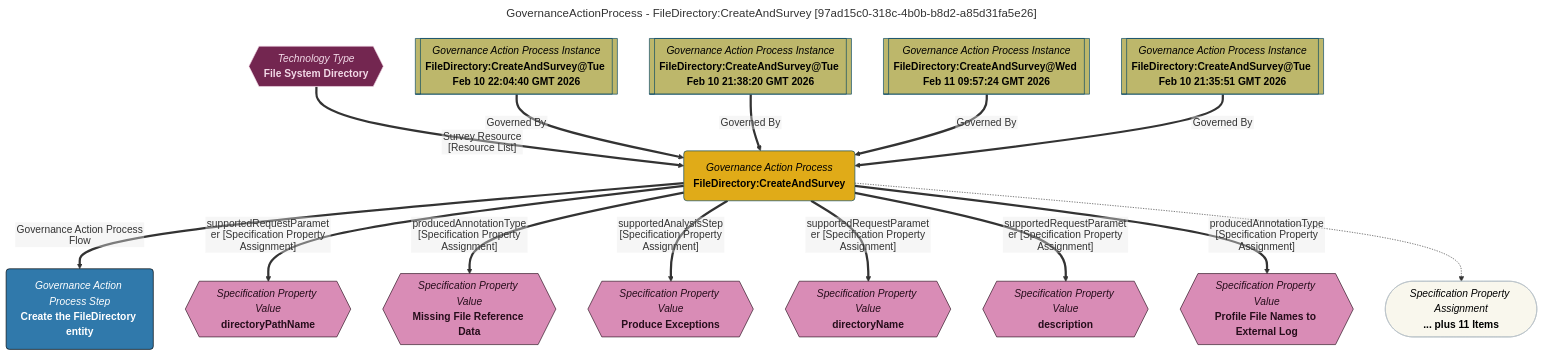
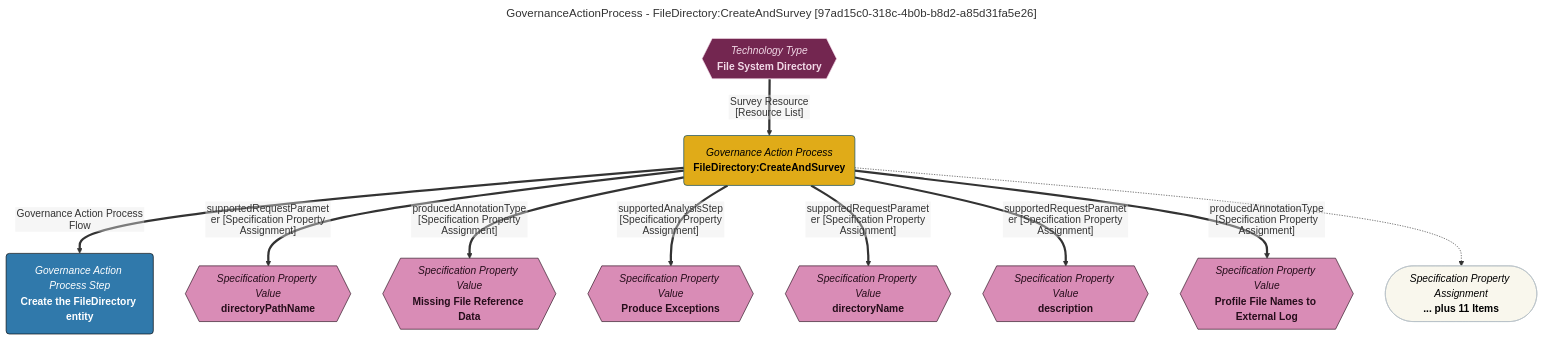
Before and after one commit to odpi/egeria-docs: the diagram in site/snippets/governance-action-processes/filedirectory:createandsurvey-mermaid-graph.md, drawn with Mermaid. The commit also changed 2201 other files, not shown here.

````diff
--- a/site/snippets/governance-action-processes/filedirectory:createandsurvey-mermaid-graph.md
+++ b/site/snippets/governance-action-processes/filedirectory:createandsurvey-mermaid-graph.md
@@ -1,65 +1,49 @@
 ```mermaid
 ---
 title: GovernanceActionProcess - FileDirectory:CreateAndSurvey [97ad15c0-318c-4b0b-b8d2-a85d31fa5e26]
 ---
 flowchart TD
 %%{init: {"flowchart": {"htmlLabels": false}} }%%
 
 1@{ shape: rounded, label: "*Governance Action Process*
 **FileDirectory:CreateAndSurvey**"}
 2@{ shape: hex, label: "*Technology Type*
 **File System Directory**"}
 2==>|"Survey Resource [Resource List]"|1
-3@{ shape: subproc, label: "*Governance Action Process Instance*
-**FileDirectory:CreateAndSurvey@Tue Feb 10 22:04:40 GMT 2026**"}
-3==>|"Governed By"|1
-4@{ shape: subproc, label: "*Governance Action Process Instance*
-**FileDirectory:CreateAndSurvey@Tue Feb 10 21:38:20 GMT 2026**"}
-4==>|"Governed By"|1
-5@{ shape: subproc, label: "*Governance Action Process Instance*
-**FileDirectory:CreateAndSurvey@Wed Feb 11 09:57:24 GMT 2026**"}
-5==>|"Governed By"|1
-6@{ shape: subproc, label: "*Governance Action Process Instance*
-**FileDirectory:CreateAndSurvey@Tue Feb 10 21:35:51 GMT 2026**"}
-6==>|"Governed By"|1
-7@{ shape: rounded, label: "*Governance Action Process Step*
+3@{ shape: rounded, label: "*Governance Action Process Step*
 **Create the FileDirectory entity**"}
-1==>|"Governance Action Process Flow"|7
+1==>|"Governance Action Process Flow"|3
+4@{ shape: hex, label: "*Specification Property Value*
+**directoryPathName**"}
+1==>|"supportedRequestParameter [Specification Property Assignment]"|4
+5@{ shape: hex, label: "*Specification Property Value*
+**Missing File Reference Data**"}
+1==>|"producedAnnotationType [Specification Property Assignment]"|5
+6@{ shape: hex, label: "*Specification Property Value*
+**Produce Exceptions**"}
+1==>|"supportedAnalysisStep [Specification Property Assignment]"|6
+7@{ shape: hex, label: "*Specification Property Value*
+**directoryName**"}
+1==>|"supportedRequestParameter [Specification Property Assignment]"|7
 8@{ shape: hex, label: "*Specification Property Value*
-**directoryPathName**"}
+**description**"}
 1==>|"supportedRequestParameter [Specification Property Assignment]"|8
 9@{ shape: hex, label: "*Specification Property Value*
-**Missing File Reference Data**"}
+**Profile File Names to External Log**"}
 1==>|"producedAnnotationType [Specification Property Assignment]"|9
-10@{ shape: hex, label: "*Specification Property Value*
-**Produce Exceptions**"}
-1==>|"supportedAnalysisStep [Specification Property Assignment]"|10
-11@{ shape: hex, label: "*Specification Property Value*
-**directoryName**"}
-1==>|"supportedRequestParameter [Specification Property Assignment]"|11
-12@{ shape: hex, label: "*Specification Property Value*
-**description**"}
-1==>|"supportedRequestParameter [Specification Property Assignment]"|12
-13@{ shape: hex, label: "*Specification Property Value*
-**Profile File Names to External Log**"}
-1==>|"producedAnnotationType [Specification Property Assignment]"|13
-14@{ shape: stadium, label: "*Specification Property Assignment*
+10@{ shape: stadium, label: "*Specification Property Assignment*
 **... plus 11 Items**"}
-1-.->14
-style 11 color:#260d1b, fill:#d98cb6, stroke:#260d1b
-style 12 color:#260d1b, fill:#d98cb6, stroke:#260d1b
-style 13 color:#260d1b, fill:#d98cb6, stroke:#260d1b
-style 14 color:#000000, fill:#F9F7ED, stroke:#b7c0c7
+1-.->10
 style 1 color:#000000, fill:#e0ab18, stroke:#004563
 style 2 color:#f2d9e7, fill:#732650, stroke:#f2d9e7
-style 3 color:#000000, fill:#bdb76b, stroke:#004563
-style 4 color:#000000, fill:#bdb76b, stroke:#004563
-style 5 color:#000000, fill:#bdb76b, stroke:#004563
-style 6 color:#000000, fill:#bdb76b, stroke:#004563
-style 7 color:#FFFFFF, fill:#3079ab, stroke:#000000
+style 3 color:#FFFFFF, fill:#3079ab, stroke:#000000
+style 4 color:#260d1b, fill:#d98cb6, stroke:#260d1b
+style 5 color:#260d1b, fill:#d98cb6, stroke:#260d1b
+style 6 color:#260d1b, fill:#d98cb6, stroke:#260d1b
+style 7 color:#260d1b, fill:#d98cb6, stroke:#260d1b
 style 8 color:#260d1b, fill:#d98cb6, stroke:#260d1b
 style 9 color:#260d1b, fill:#d98cb6, stroke:#260d1b
-style 10 color:#260d1b, fill:#d98cb6, stroke:#260d1b
+style 10 color:#000000, fill:#F9F7ED, stroke:#b7c0c7
 click 1 "https://egeria-project.org/egeria-solutions/leveraging-files/overview/" "Click for more documentation" _blank
 click 2 "https://egeria-project.org/types/2/0220-Files-and-Folders/" "Click for more documentation" _blank
 ```
````
